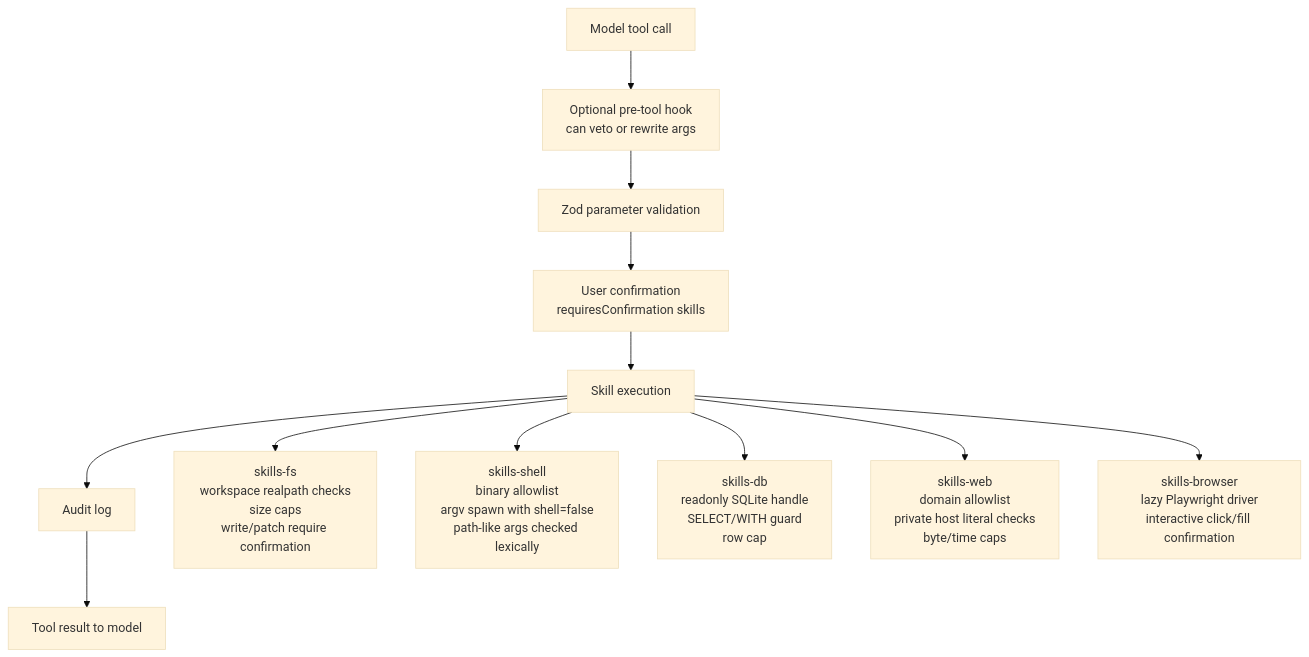
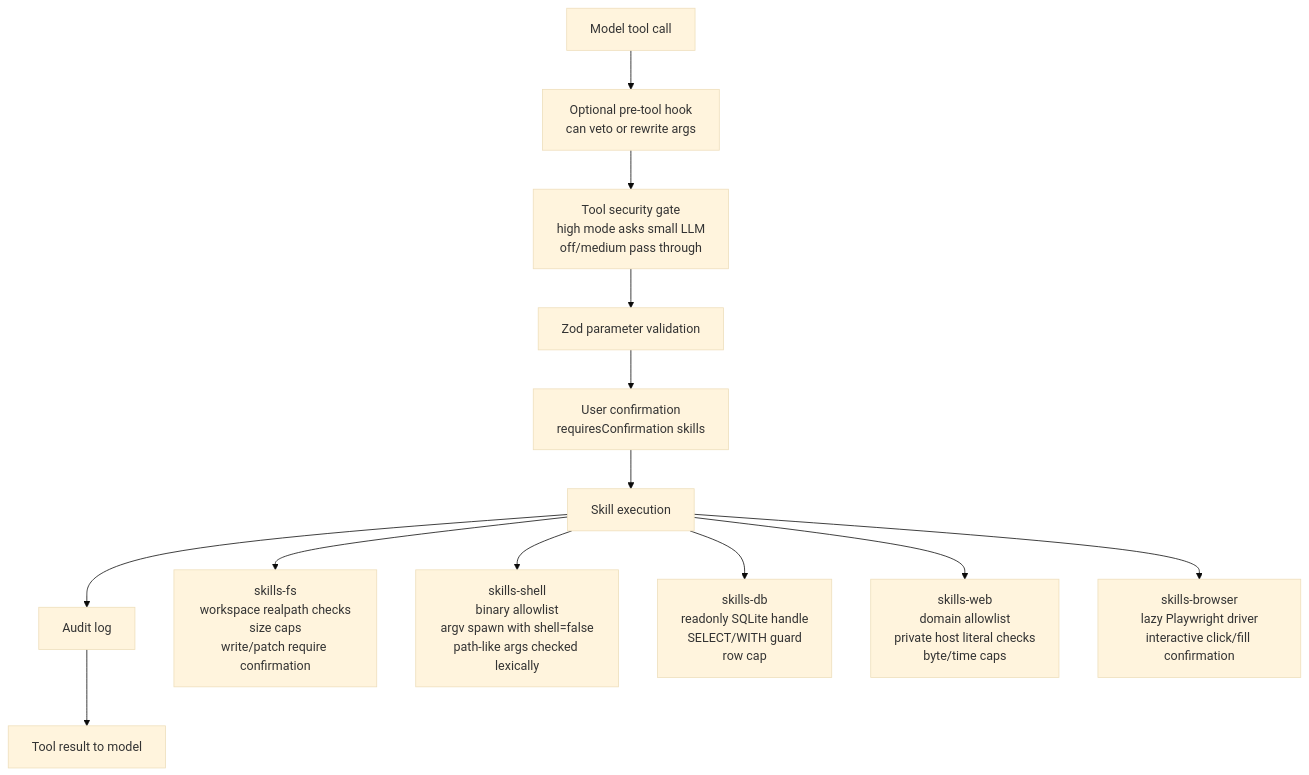
The fifth of 6 diagrams in docs/ARCHITECTURE.md (Crazy-Faust/miniclaw), drawn with Mermaid (base theme) before and after one commit. The commit also changed other lines of this file and 16 other files, not shown here.

Commit message:
Add high security tool gate

````diff
--- a/docs/ARCHITECTURE.md
+++ b/docs/ARCHITECTURE.md
@@ -172,29 +209,31 @@
 ```mermaid
 flowchart TB
   model["Model tool call"]
+  prehook["Optional pre-tool hook<br/>can veto or rewrite args"]
+  llmguard["Tool security gate<br/>high mode asks small LLM<br/>off/medium pass through"]
   zod["Zod parameter validation"]
-  prehook["Optional pre-tool hook<br/>can veto or rewrite args"]
   confirm["User confirmation<br/>requiresConfirmation skills"]
   exec["Skill execution"]
   audit["Audit log"]
   result["Tool result to model"]
 
   model --> prehook
-  prehook --> zod
+  prehook --> llmguard
+  llmguard --> zod
   zod --> confirm
   confirm --> exec
   exec --> audit
   audit --> result
 
   fs["skills-fs<br/>workspace realpath checks<br/>size caps<br/>write/patch require confirmation"]
   shell["skills-shell<br/>binary allowlist<br/>argv spawn with shell=false<br/>path-like args checked lexically"]
   db["skills-db<br/>readonly SQLite handle<br/>SELECT/WITH guard<br/>row cap"]
   web["skills-web<br/>domain allowlist<br/>private host literal checks<br/>byte/time caps"]
   browser["skills-browser<br/>lazy Playwright driver<br/>interactive click/fill confirmation"]
 
   exec --> fs
   exec --> shell
   exec --> db
   exec --> web
   exec --> browser
 ```
````
